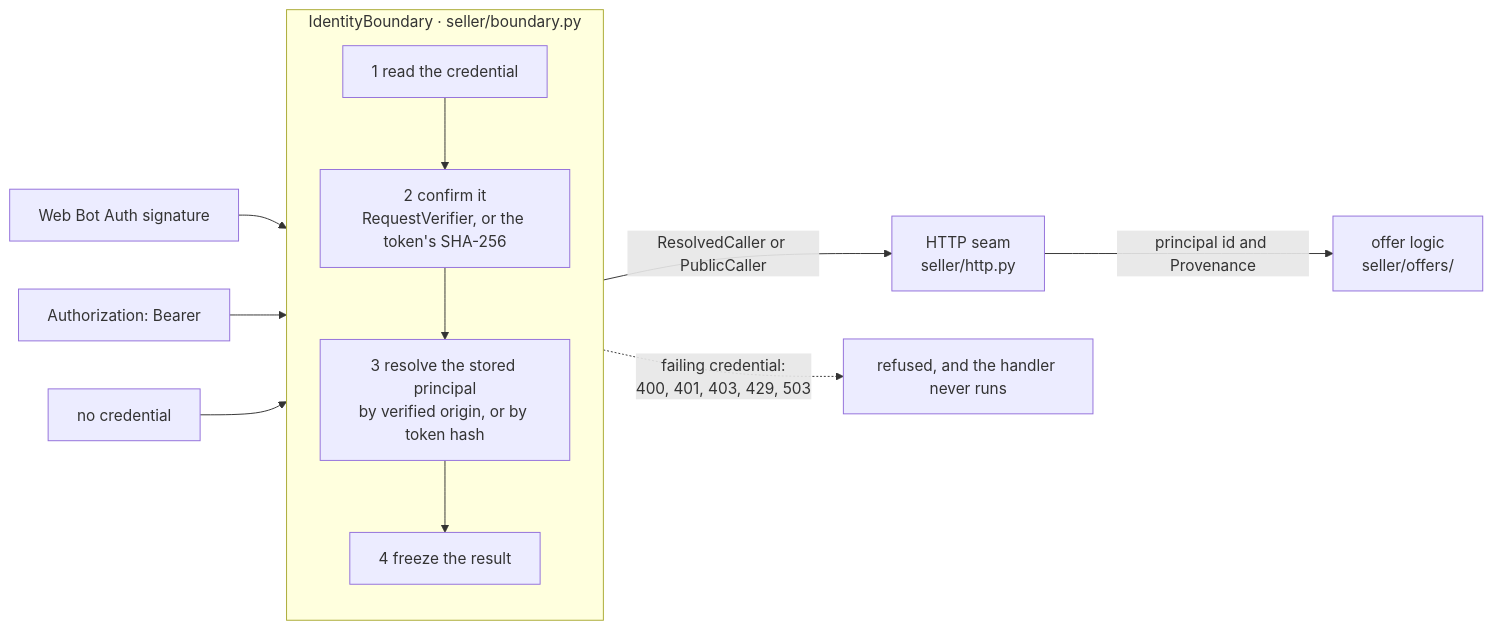
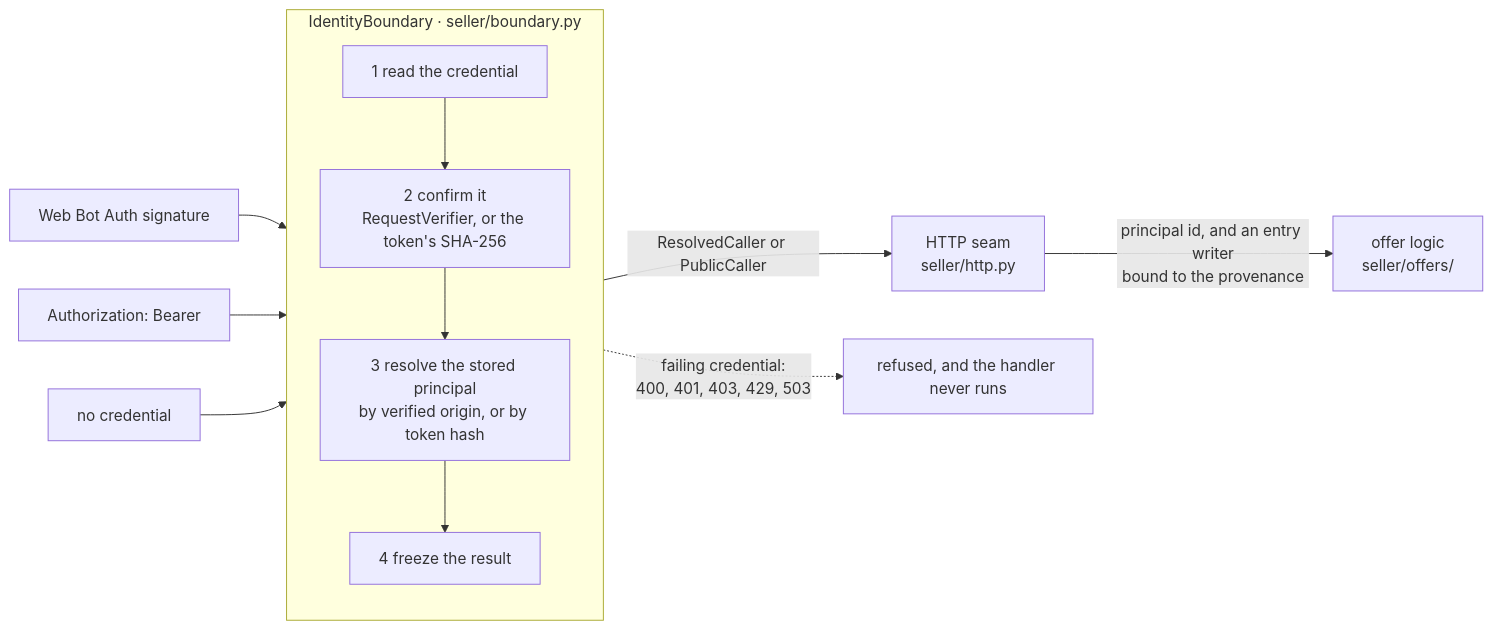
Before and after one commit to KonstantinMirin/openproposal-web-bot-auth: the second of 7 diagrams in README.md, drawn with Mermaid. The commit also changed other lines of this file and 49 other files, not shown here.

````diff
--- a/README.md
+++ b/README.md
@@ -56,15 +68,15 @@
 ```mermaid
 flowchart LR
     W[Web Bot Auth signature] --> R
     T[Authorization: Bearer] --> R
     N[no credential] --> R
     subgraph R["IdentityBoundary · seller/boundary.py"]
         direction TB
         R1[1 read the credential] --> R2[2 confirm it<br/>RequestVerifier, or the token's SHA-256]
         R2 --> R3[3 resolve the stored principal<br/>by verified origin, or by token hash]
         R3 --> R4[4 freeze the result]
     end
     R4 -- "ResolvedCaller or PublicCaller" --> S[HTTP seam<br/>seller/http.py]
-    S -- "principal id and Provenance" --> L[offer logic<br/>seller/offers/]
+    S -- "principal id, and an entry writer<br/>bound to the provenance" --> L[offer logic<br/>seller/offers/]
     R2 -. "failing credential:<br/>400, 401, 403, 429, 503" .-> X["refused, and the handler never runs"]
 ```
````
